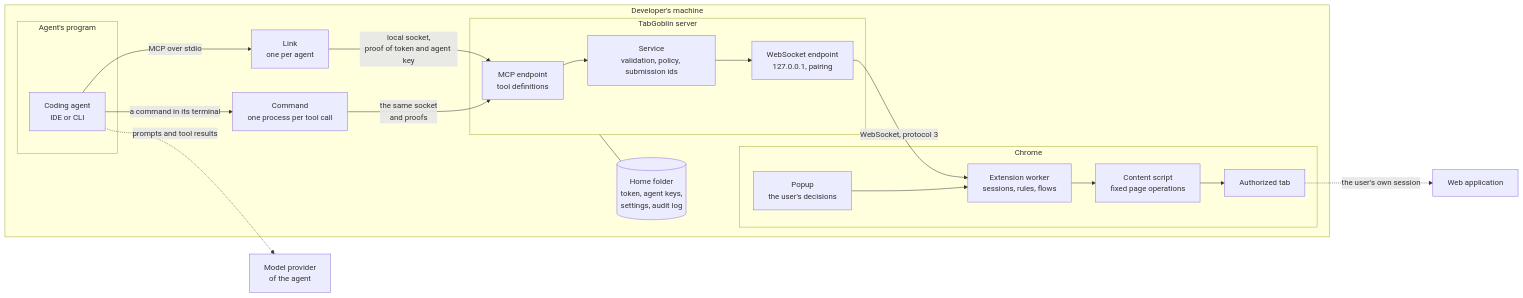
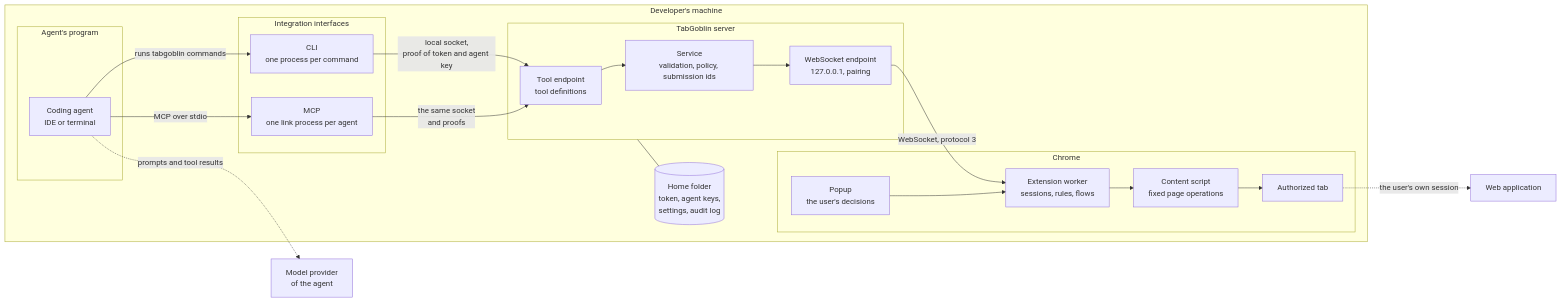
One commit to LaughingManCommits/TabGoblin changed the first of 7 diagrams in docs/architecture.md. Above: the diagram before and after it, drawn with Mermaid. The commit also changed other lines of this file and 16 other files, not shown here.

First line of the commit message:
The documentation presents a browser bridge with two interfaces, CLI and MCP

````diff
--- a/docs/architecture.md
+++ b/docs/architecture.md
@@ -15,33 +17,38 @@
 ```mermaid
 flowchart LR
   subgraph local["Developer's machine"]
     subgraph agentp["Agent's program"]
-      AGENT["Coding agent<br/>IDE or CLI"]
+      AGENT["Coding agent<br/>IDE or terminal"]
     end
-    LINK["Link<br/>one per agent"]
-    CMD["Command<br/>one process per tool call"]
+    subgraph ifs["Integration interfaces"]
+      CMD["CLI<br/>one process per command"]
+      LINK["MCP<br/>one link process per agent"]
+    end
     subgraph serverp["TabGoblin server"]
-      MCP["MCP endpoint<br/>tool definitions"]
+      MCP["Tool endpoint<br/>tool definitions"]
       SVC["Service<br/>validation, policy, submission ids"]
       WS["WebSocket endpoint<br/>127.0.0.1, pairing"]
     end
     subgraph chrome["Chrome"]
       BG["Extension worker<br/>sessions, rules, flows"]
       POPUP["Popup<br/>the user's decisions"]
       CS["Content script<br/>fixed page operations"]
       TAB["Authorized tab"]
     end
     FILES[("Home folder<br/>token, agent keys,<br/>settings, audit log")]
   end
   MODEL["Model provider<br/>of the agent"]
   SITE["Web application"]
 
-  AGENT -- "MCP over stdio" --> LINK -- "local socket,<br/>proof of token and agent key" --> MCP --> SVC --> WS
-  AGENT -- "a command in its terminal" --> CMD -- "the same socket<br/>and proofs" --> MCP
+  AGENT -- "runs tabgoblin commands" --> CMD
+  AGENT -- "MCP over stdio" --> LINK
+  CMD -- "local socket,<br/>proof of token and agent key" --> MCP
+  LINK -- "the same socket<br/>and proofs" --> MCP
+  MCP --> SVC --> WS
   WS -- "WebSocket, protocol 3" --> BG
   POPUP --> BG
   BG --> CS --> TAB
   serverp --- FILES
   AGENT -. "prompts and tool results" .-> MODEL
   TAB -. "the user's own session" .-> SITE
 ```
````
